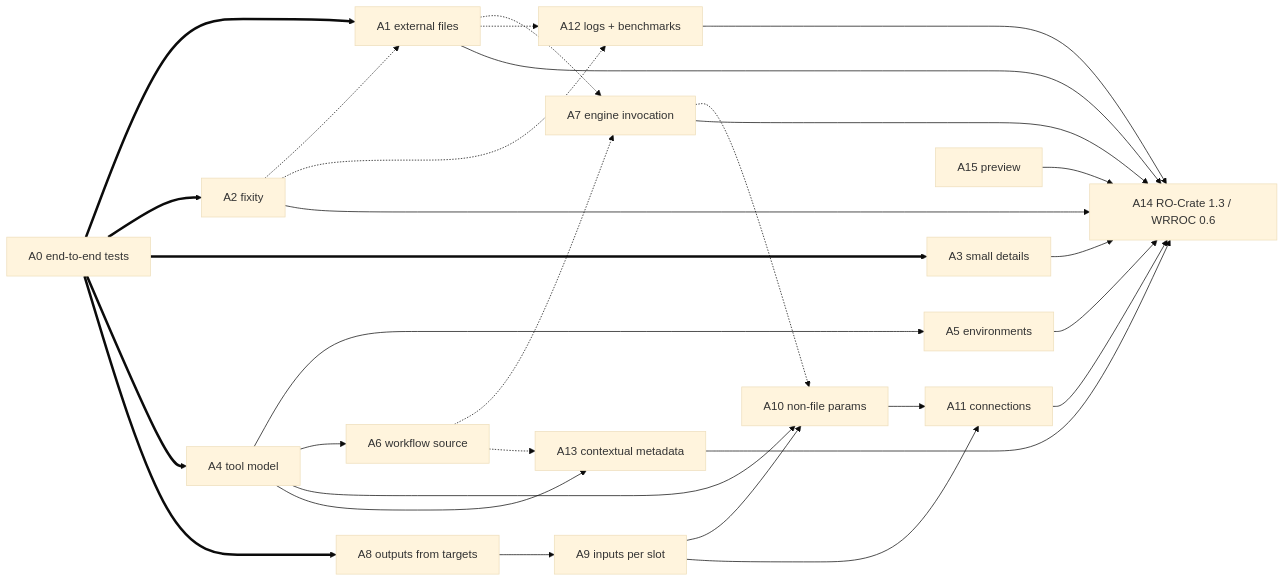
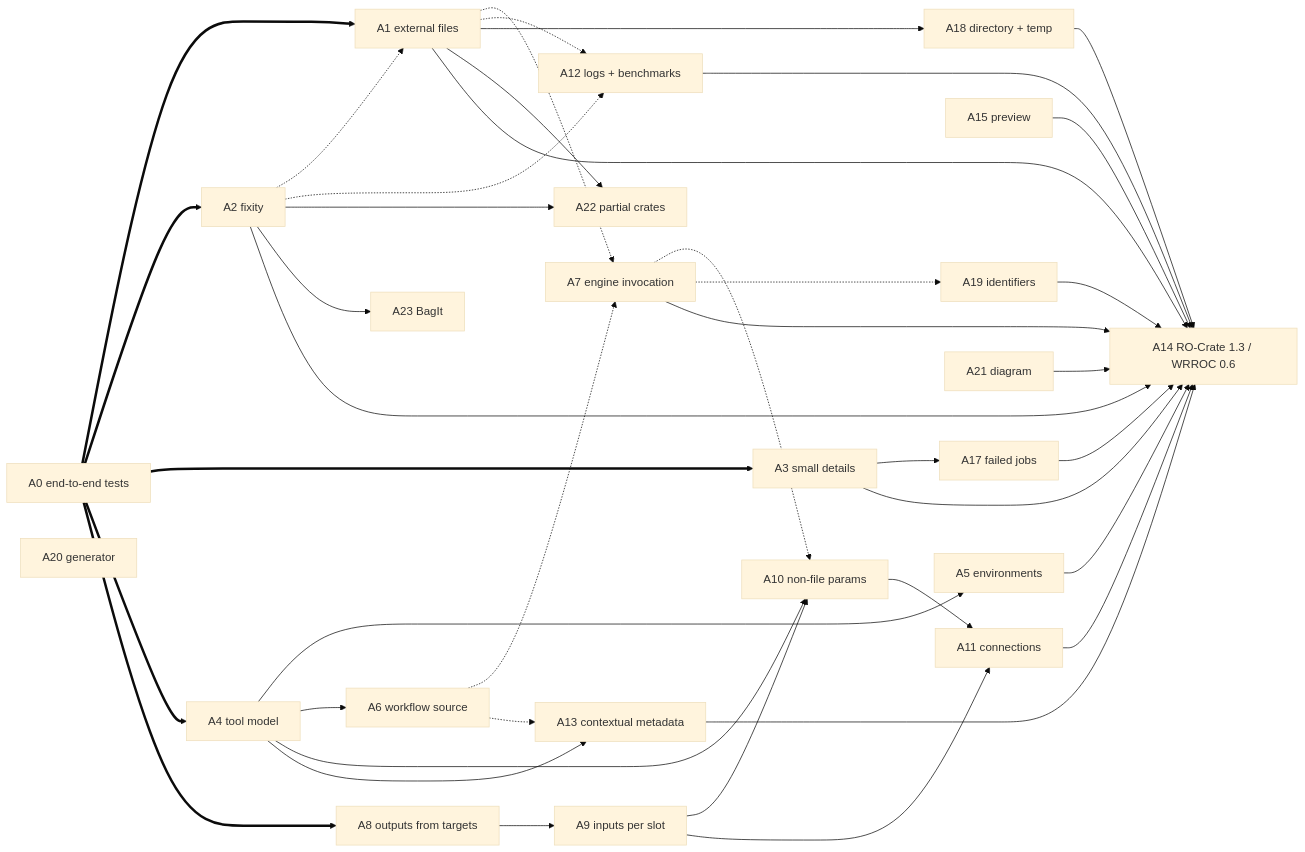
Before and after one commit to stain/snakemake-report-plugin-rocrate: the diagram in TODO.md, drawn with Mermaid (base theme). The commit also changed other lines of this file and 1 other file, not shown here.

First line of the commit message:
docs: add failure handling, CWLProv-derived items and diagram rules to TODO

````diff
--- a/TODO.md
+++ b/TODO.md
@@ -104,22 +111,30 @@
 ```mermaid
 graph LR
   A0[A0 end-to-end tests] ==> A1 & A2 & A3 & A4 & A8
   A2[A2 fixity] -.-> A1[A1 external files]
   A1 -.-> A7[A7 engine invocation]
   A1 -.-> A12[A12 logs + benchmarks]
   A3[A3 small details]
   A4[A4 tool model] --> A5[A5 environments]
   A4 --> A6[A6 workflow source]
   A6 -.-> A7[A7 engine invocation]
   A8[A8 outputs from targets] --> A9[A9 inputs per slot]
   A4 --> A10[A10 non-file params]
   A9 --> A10
   A7 -.-> A10
   A9 --> A11[A11 connections]
   A10 --> A11
   A2 -.-> A12[A12 logs + benchmarks]
   A4 --> A13[A13 contextual metadata]
   A6 -.-> A13
   A15[A15 preview]
-  A1 & A2 & A3 & A5 & A7 & A11 & A12 & A13 & A15 --> A14[A14 RO-Crate 1.3 / WRROC 0.6]
+  A3 --> A17[A17 failed jobs]
+  A1 --> A18[A18 directory + temp]
+  A7 -.-> A19[A19 identifiers]
+  A20[A20 generator]
+  A21[A21 diagram]
+  A1 --> A22[A22 partial crates]
+  A2 --> A22
+  A2 --> A23[A23 BagIt]
+  A1 & A2 & A3 & A5 & A7 & A11 & A12 & A13 & A15 & A17 & A18 & A19 & A21 --> A14[A14 RO-Crate 1.3 / WRROC 0.6]
 ```
````
